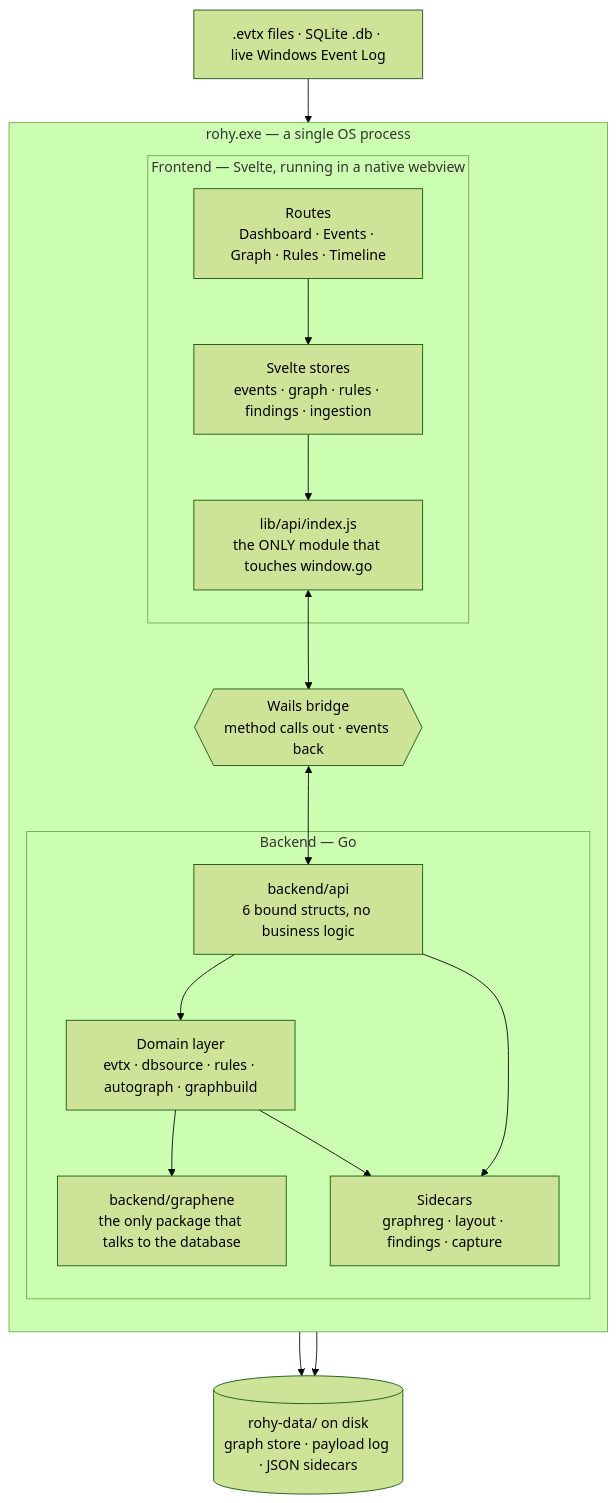
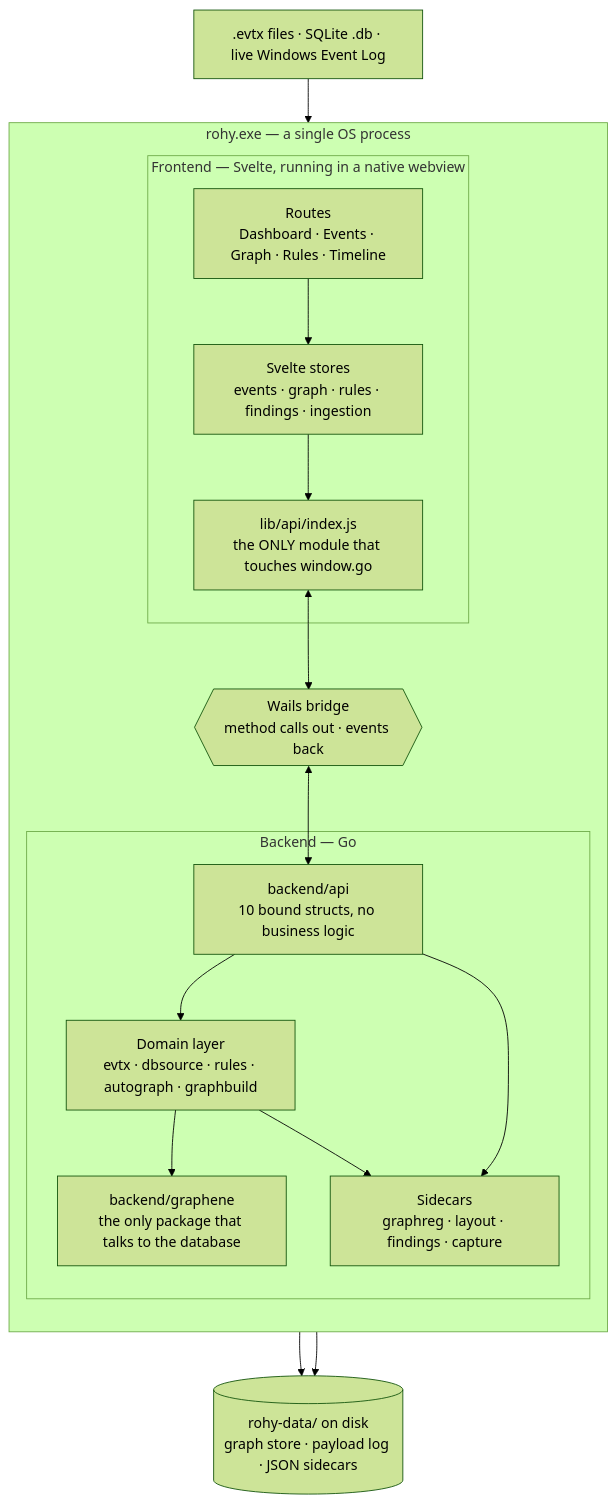
One commit to aoiflux/rohy changed the first of 19 diagrams in LLD.md. Above: the diagram before and after it, drawn with Mermaid (forest theme). The commit also changed other lines of this file and 37 other files, not shown here.

````diff
--- a/LLD.md
+++ b/LLD.md
@@ -71,32 +71,32 @@
 ```mermaid
 flowchart TB
     subgraph proc["rohy.exe — a single OS process"]
         direction TB
         subgraph fe["Frontend — Svelte, running in a native webview"]
             routes["Routes<br/>Dashboard · Events · Graph · Rules · Timeline"]
             stores["Svelte stores<br/>events · graph · rules · findings · ingestion"]
             apiw["lib/api/index.js<br/>the ONLY module that touches window.go"]
             routes --> stores --> apiw
         end
 
         bridge{{"Wails bridge<br/>method calls out · events back"}}
 
         subgraph be["Backend — Go"]
-            bind["backend/api<br/>6 bound structs, no business logic"]
+            bind["backend/api<br/>10 bound structs, no business logic"]
             work["Domain layer<br/>evtx · dbsource · rules · autograph · graphbuild"]
             persist["backend/graphene<br/>the only package that talks to the database"]
             side["Sidecars<br/>graphreg · layout · findings · capture"]
             bind --> work --> persist
             bind --> side
             work --> side
         end
 
         apiw <--> bridge <--> bind
     end
 
     disk[("rohy-data/ on disk<br/>graph store · payload log · JSON sidecars")]
     persist --> disk
     side --> disk
 
     src[".evtx files · SQLite .db · live Windows Event Log"] --> work
 ```
````
